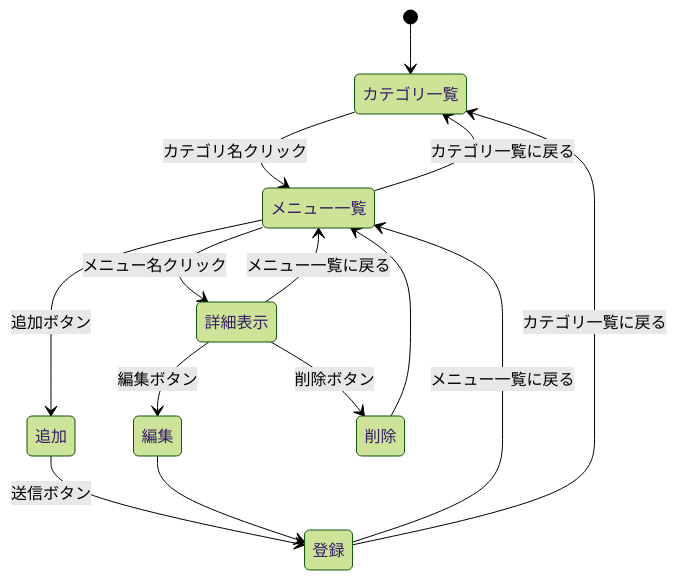
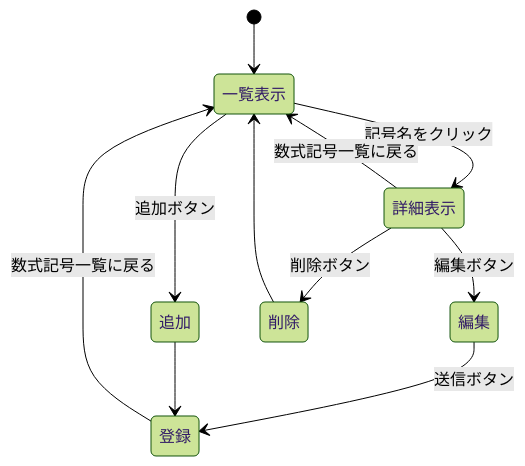
One commit to tsubutsubu00/webpro_06 changed the second of 3 diagrams in spec.md. Above: the diagram before and after it, drawn with Mermaid (forest theme). The commit also changed other lines of this file and 14 other files, not shown here.

````diff
--- a/spec.md
+++ b/spec.md
@@ -74,22 +85,13 @@
 ```mermaid
 stateDiagram-v2
-    [*] --> カテゴリ一覧
-    カテゴリ一覧 --> メニュー一覧: カテゴリ名クリック
-    メニュー一覧 --> カテゴリ一覧: カテゴリ一覧に戻る
-    
-    メニュー一覧 --> 詳細表示: メニュー名クリック
-    メニュー一覧 --> 追加: 追加ボタン
-
+    [*] --> 一覧表示
+    一覧表示 --> 詳細表示: 記号名をクリック
+    詳細表示 --> 一覧表示: 数式記号一覧に戻る
     詳細表示 --> 編集: 編集ボタン
+    編集 --> 登録: 送信ボタン
+    登録 --> 一覧表示: 数式記号一覧に戻る
+    一覧表示 --> 追加: 追加ボタン
+    追加 --> 登録
     詳細表示 --> 削除: 削除ボタン
-    詳細表示 --> メニュー一覧: メニュー一覧に戻る
-
-    追加 --> 登録: 送信ボタン
-    編集 --> 登録
-
-    登録 --> メニュー一覧: メニュー一覧に戻る
-    登録 --> カテゴリ一覧: カテゴリ一覧に戻る
-    
-    削除 --> メニュー一覧
-
+    削除 --> 一覧表示
 ```
````
